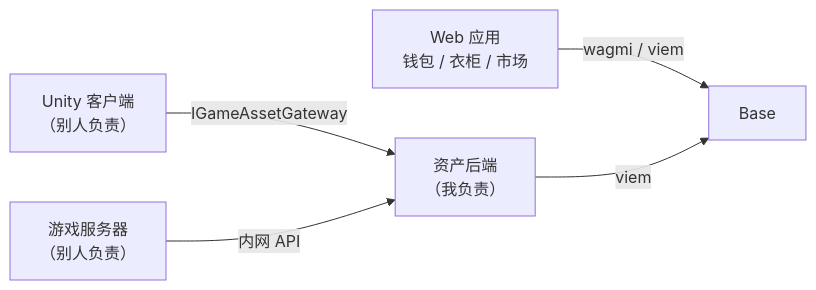
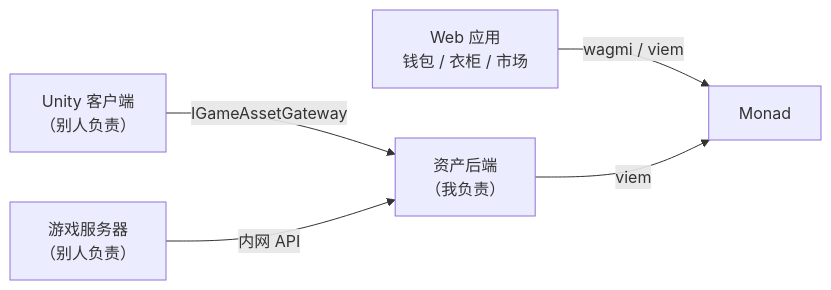
Before and after one commit to timothyshen/web3-fps-assets: the diagram in docs/integration.md, drawn with Mermaid. The commit also changed other lines of this file and 10 other files, not shown here.

````diff
--- a/docs/integration.md
+++ b/docs/integration.md
@@ -5,7 +5,7 @@
 ```mermaid
 flowchart LR
     U["Unity 客户端<br/>（别人负责）"] -->|"IGameAssetGateway"| API
     W["Web 应用<br/>钱包 / 衣柜 / 市场"] -->|"wagmi / viem"| CH
     GS["游戏服务器<br/>（别人负责）"] -->|"内网 API"| API
-    API["资产后端<br/>（我负责）"] -->|"viem"| CH["Base"]
+    API["资产后端<br/>（我负责）"] -->|"viem"| CH["Monad"]
 ```
````
